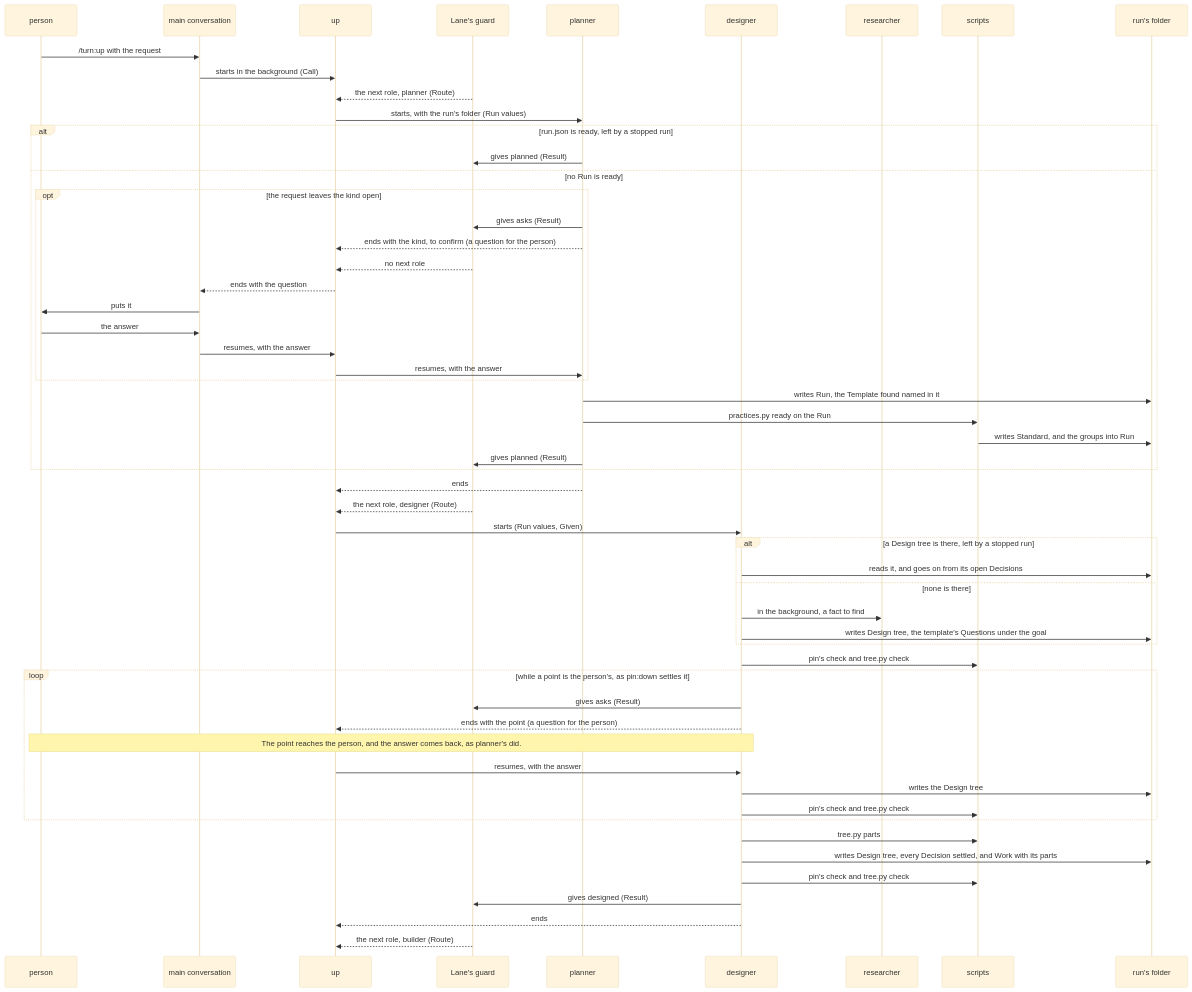
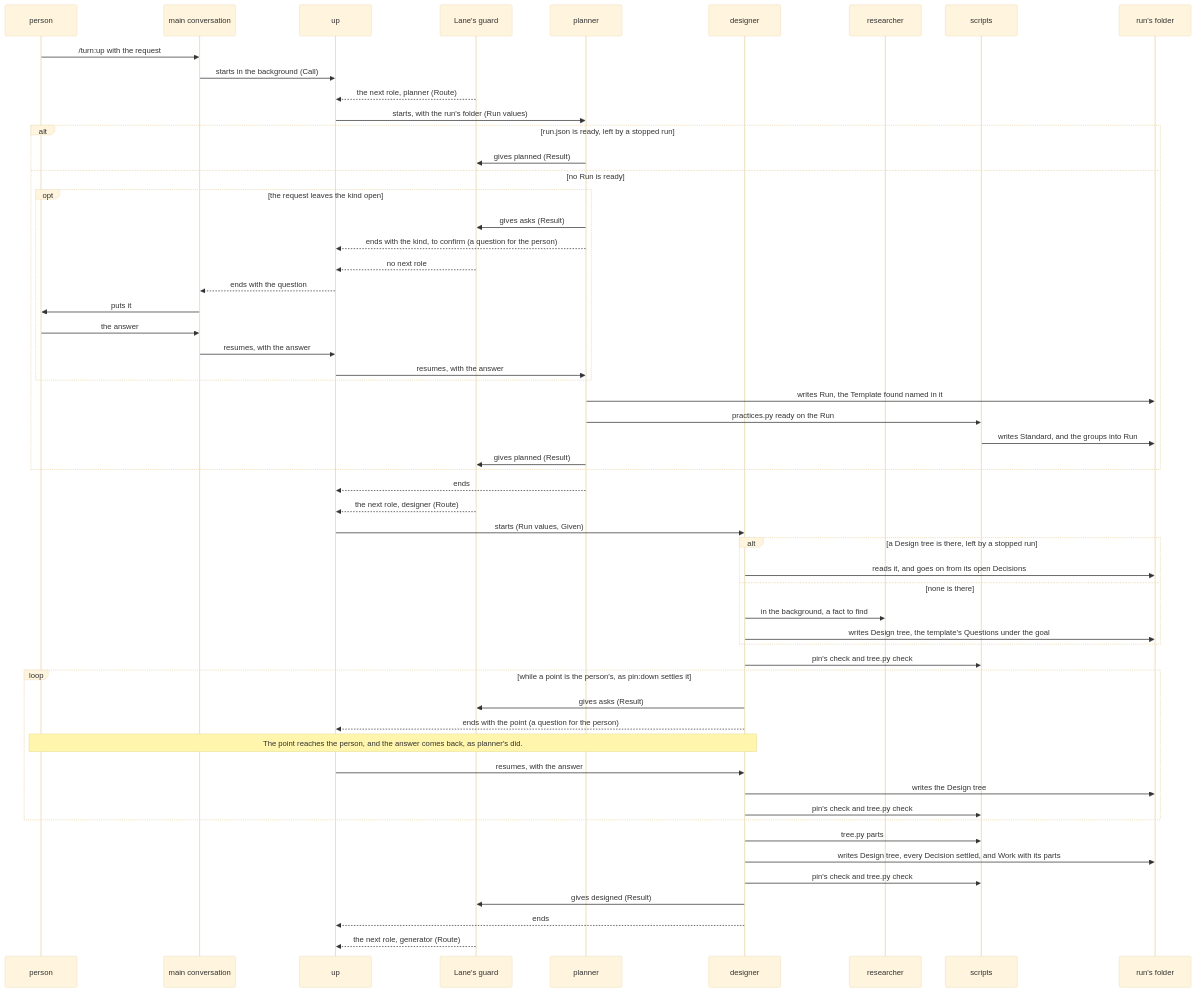
One commit to lovaizu/ccpm changed the third of 9 diagrams in dev/turn/architecture.md. Above: the diagram before and after it, drawn with Mermaid (base theme). The commit also changed other lines of this file and 45 other files, not shown here.

First line of the commit message:
turn: the role that makes the work from the design is generator, paired with evaluator as Anthropic's harness design names them, its result generated; whoever develops a plugin or a product is a developer, so builder no longer means two things

````diff
--- a/dev/turn/architecture.md
+++ b/dev/turn/architecture.md
@@ -380,58 +380,58 @@
 ```mermaid
 sequenceDiagram
   participant P as person
   participant M as main conversation
   participant U as up
   participant G as Lane's guard
   participant PL as planner
   participant D as designer
   participant RS as researcher
   participant S as scripts
   participant F as run's folder
   P->>M: /turn:up with the request
   M->>U: starts in the background (Call)
   G-->>U: the next role, planner (Route)
   U->>PL: starts, with the run's folder (Run values)
   alt run.json is ready, left by a stopped run
     PL->>G: gives planned (Result)
   else no Run is ready
     opt the request leaves the kind open
       PL->>G: gives asks (Result)
       PL-->>U: ends with the kind, to confirm (a question for the person)
       G-->>U: no next role
       U-->>M: ends with the question
       M->>P: puts it
       P->>M: the answer
       M->>U: resumes, with the answer
       U->>PL: resumes, with the answer
     end
     PL->>F: writes Run, the Template found named in it
     PL->>S: practices.py ready on the Run
     S->>F: writes Standard, and the groups into Run
     PL->>G: gives planned (Result)
   end
   PL-->>U: ends
   G-->>U: the next role, designer (Route)
   U->>D: starts (Run values, Given)
   alt a Design tree is there, left by a stopped run
     D->>F: reads it, and goes on from its open Decisions
   else none is there
     D->>RS: in the background, a fact to find
     D->>F: writes Design tree, the template's Questions under the goal
   end
   D->>S: pin's check and tree.py check
   loop while a point is the person's, as pin:down settles it
     D->>G: gives asks (Result)
     D-->>U: ends with the point (a question for the person)
     Note over P,D: The point reaches the person, and the answer comes back, as planner's did.
     U->>D: resumes, with the answer
     D->>F: writes the Design tree
     D->>S: pin's check and tree.py check
   end
   D->>S: tree.py parts
   D->>F: writes Design tree, every Decision settled, and Work with its parts
   D->>S: pin's check and tree.py check
   D->>G: gives designed (Result)
   D-->>U: ends
-  G-->>U: the next role, builder (Route)
+  G-->>U: the next role, generator (Route)
 ```
````
